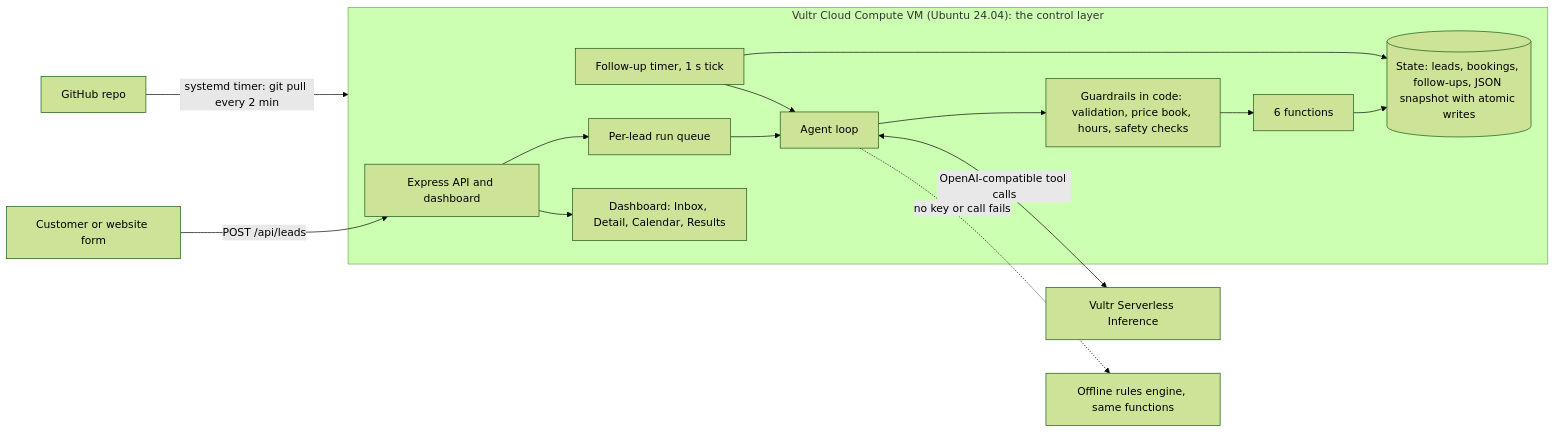
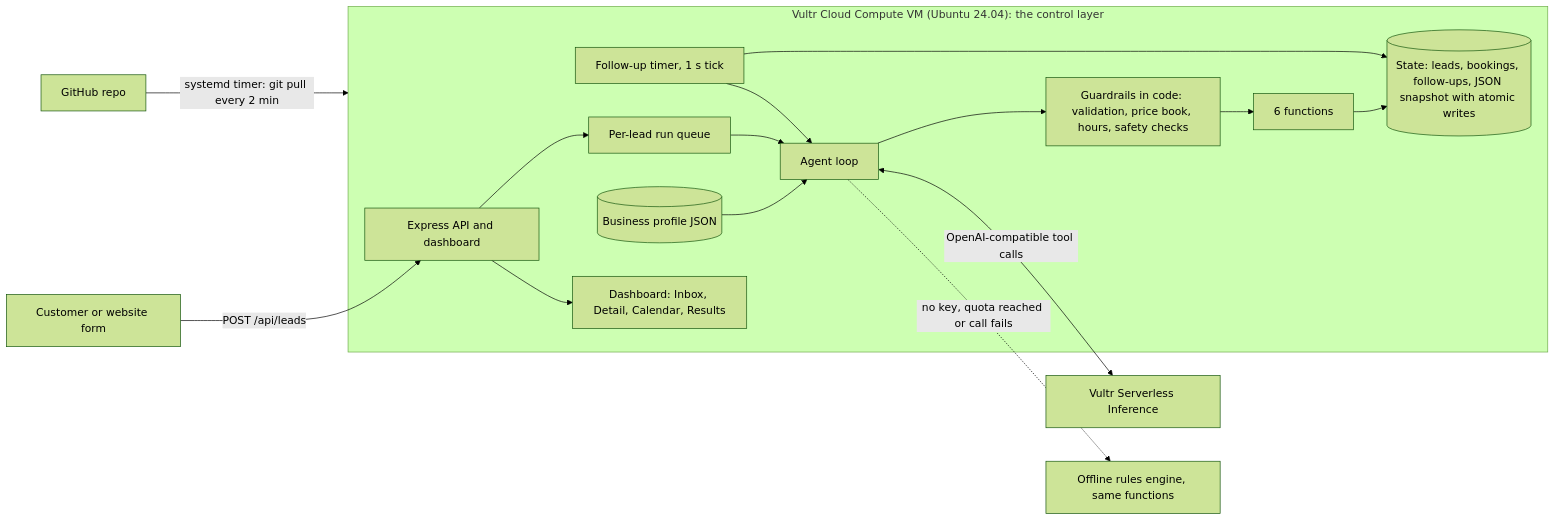
Before and after one commit to firstanswerhq/first-answer-agent: the diagram in README.md, drawn with Mermaid (forest theme). The commit also changed other lines of this file and 33 other files, not shown here.

First line of the commit message:
Business profiles: one JSON file makes the agent work for any small business

````diff
--- a/README.md
+++ b/README.md
@@ -28,17 +62,18 @@
 ```mermaid
 flowchart LR
   C[Customer or website form] -->|POST /api/leads| API
   subgraph VM["Vultr Cloud Compute VM (Ubuntu 24.04): the control layer"]
+    P[(Business profile JSON)] --> A
     API[Express API and dashboard] --> Q[Per-lead run queue]
     Q --> A[Agent loop]
     A --> G[Guardrails in code: validation, price book, hours, safety checks]
     G --> F[6 functions]
     F --> S[(State: leads, bookings, follow-ups, JSON snapshot with atomic writes)]
     T[Follow-up timer, 1 s tick] --> S
     T --> A
     API --> D[Dashboard: Inbox, Detail, Calendar, Results]
   end
   A <-->|OpenAI-compatible tool calls| V[Vultr Serverless Inference]
-  A -. no key or call fails .-> R[Offline rules engine, same functions]
+  A -. no key, quota reached or call fails .-> R[Offline rules engine, same functions]
   GH[GitHub repo] -->|systemd timer: git pull every 2 min| VM
 ```
````
